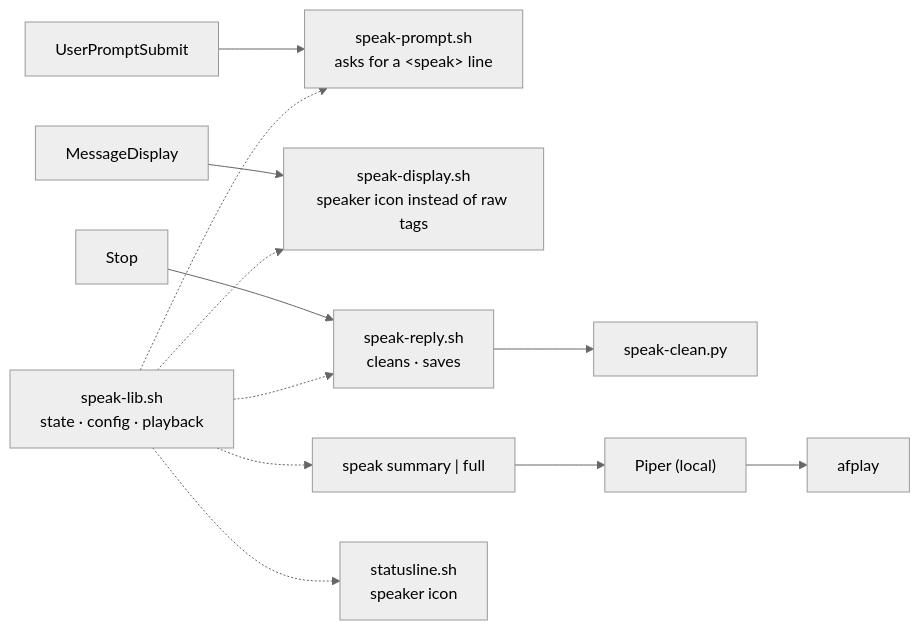
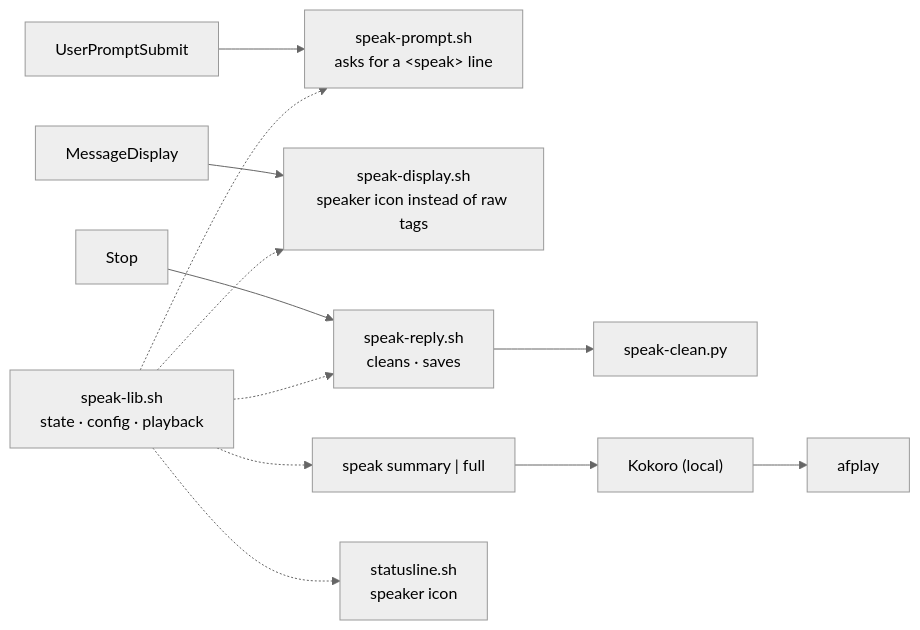
One commit to sergio-santiago/.dotfiles changed the fifth of 5 diagrams in README.md. Above: the diagram before and after it, drawn with Mermaid (neutral theme). The commit also changed other lines of this file and 10 other files, not shown here.

First line of the commit message:
feat(speak): switch the spoken replies from Piper to Kokoro

````diff
--- a/README.md
+++ b/README.md
@@ -987,14 +991,14 @@
 ```mermaid
 flowchart LR
     lib["speak-lib.sh<br/>state · config · playback"]
     prompt["UserPromptSubmit"] --> vp["speak-prompt.sh<br/>asks for a #60;speak#62; line"]
     disp["MessageDisplay"] --> sd["speak-display.sh<br/>speaker icon instead of raw tags"]
     stop["Stop"] --> sp["speak-reply.sh<br/>cleans · saves"]
     sp --> clean["speak-clean.py"]
-    cmd["speak summary | full"] --> piper["Piper (local)"] --> af["afplay"]
+    cmd["speak summary | full"] --> kok["Kokoro (local)"] --> af["afplay"]
     lib -.-> vp
     lib -.-> sd
     lib -.-> sp
     lib -.-> sl["statusline.sh<br/>speaker icon"]
     lib -.-> cmd
 ```
````
